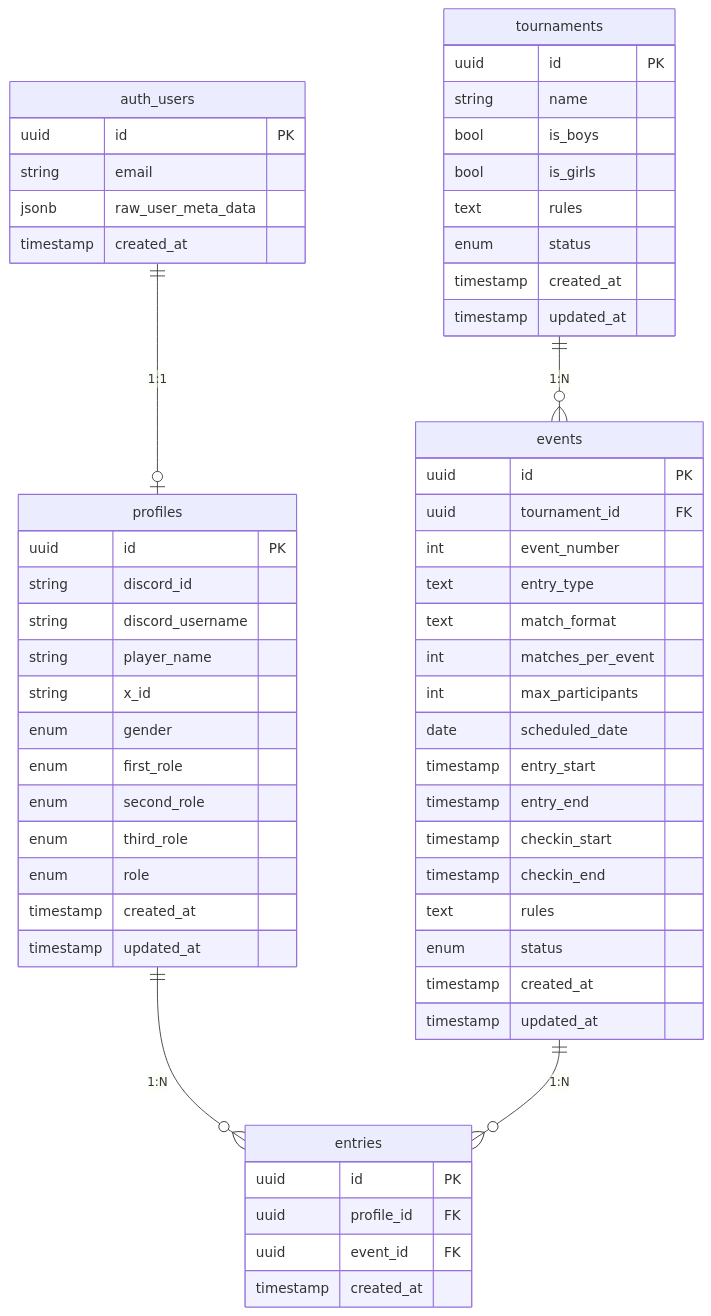
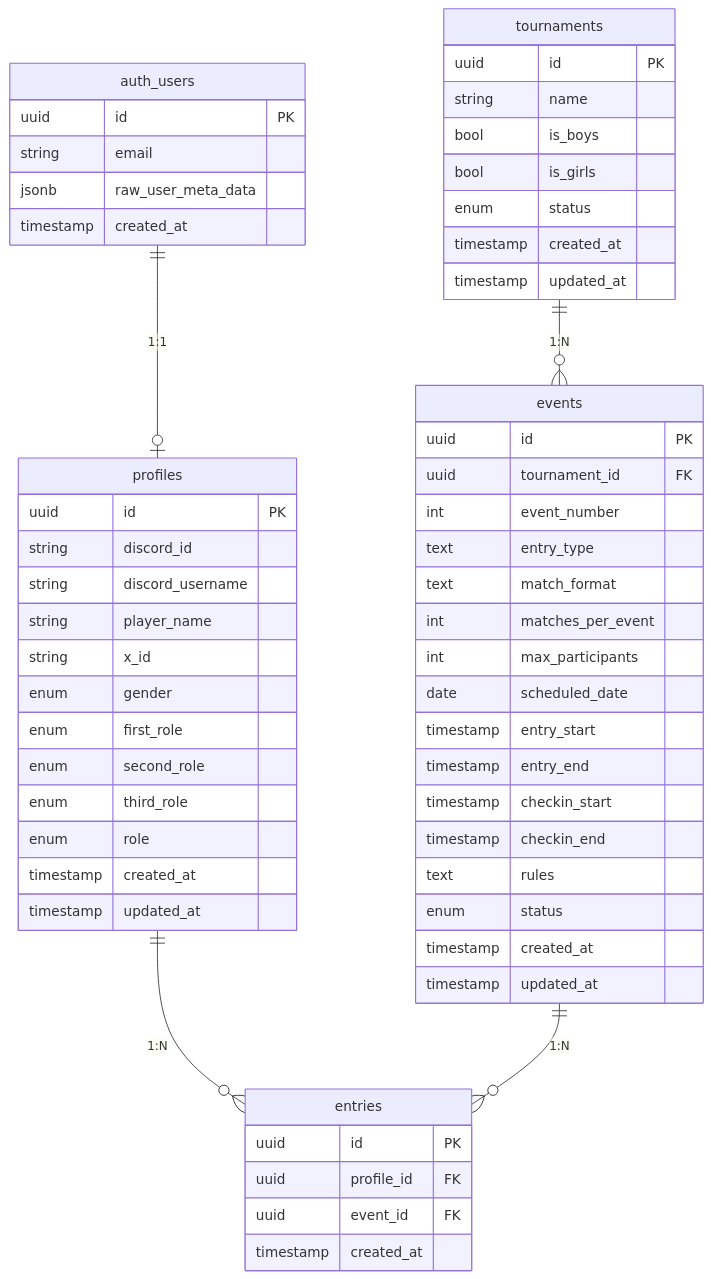
Before and after one commit to juv-shun/JiroRimi: the diagram in docs/database_design.md, drawn with Mermaid. The commit also changed other lines of this file, not shown here.

````diff
--- a/docs/database_design.md
+++ b/docs/database_design.md
@@ -9,66 +9,65 @@
 ```mermaid
 erDiagram
     auth_users ||--o| profiles : "1:1"
     profiles ||--o{ entries : "1:N"
     tournaments ||--o{ events : "1:N"
     events ||--o{ entries : "1:N"
 
     auth_users {
         uuid id PK
         string email
         jsonb raw_user_meta_data
         timestamp created_at
     }
 
     profiles {
         uuid id PK
         string discord_id
         string discord_username
         string player_name
         string x_id
         enum gender
         enum first_role
         enum second_role
         enum third_role
         enum role
         timestamp created_at
         timestamp updated_at
     }
 
     tournaments {
         uuid id PK
         string name
         bool is_boys
         bool is_girls
-        text rules
         enum status
         timestamp created_at
         timestamp updated_at
     }
 
     events {
         uuid id PK
         uuid tournament_id FK
         int event_number
         text entry_type
         text match_format
         int matches_per_event
         int max_participants
         date scheduled_date
         timestamp entry_start
         timestamp entry_end
         timestamp checkin_start
         timestamp checkin_end
         text rules
         enum status
         timestamp created_at
         timestamp updated_at
     }
 
     entries {
         uuid id PK
         uuid profile_id FK
         uuid event_id FK
         timestamp created_at
     }
 ```
````
